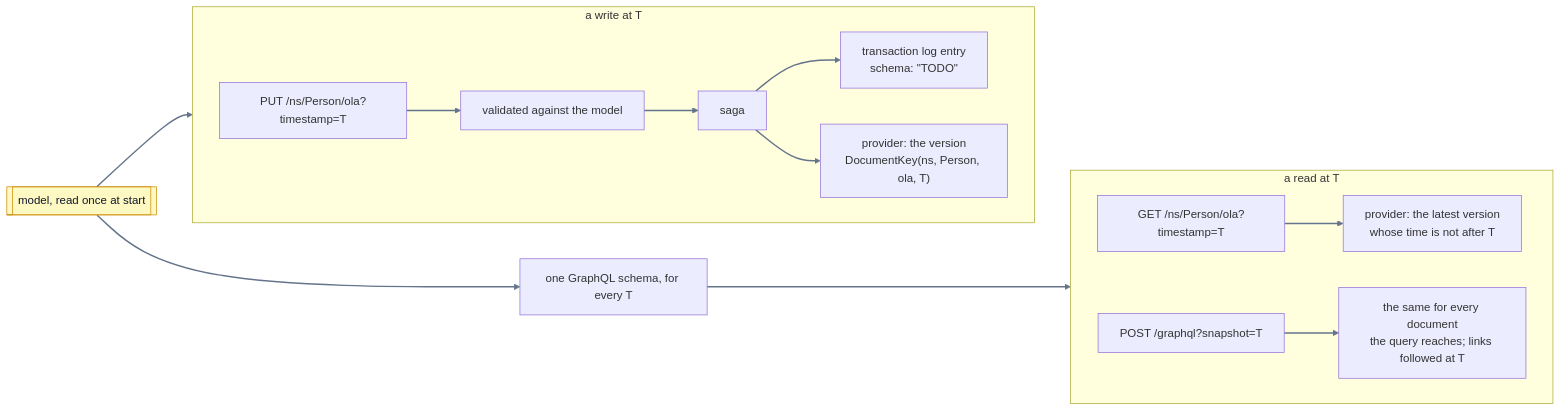
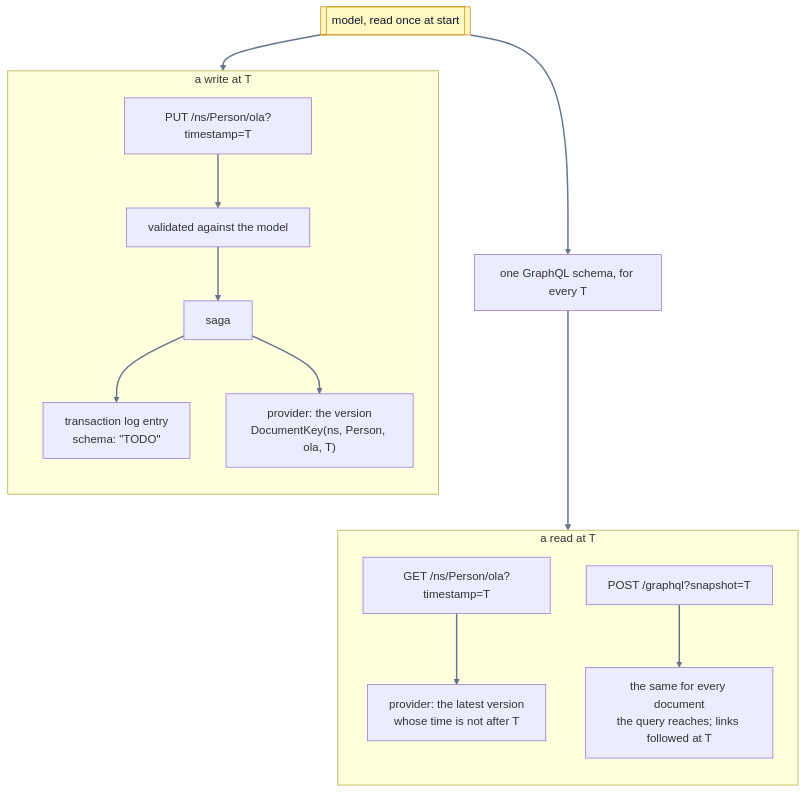
One commit to descoped/linked-data-store-project changed the diagram in docs/developer/architecture.md. Above: the diagram before and after it, drawn with Mermaid.

Commit message:
The figure of the architecture runs top-down, so its text is readable

````diff
--- a/docs/developer/architecture.md
+++ b/docs/developer/architecture.md
@@ -234,19 +234,19 @@
 ```mermaid
-flowchart LR
+flowchart TB
     model[["model, read once at start"]]
     subgraph write["a write at T"]
-        direction LR
+        direction TB
         w["PUT /ns/Person/ola?timestamp=T"] --> v["validated against the model"] --> s["saga"]
         s --> tx["transaction log entry<br/>schema: #quot;TODO#quot;"]
         s --> p["provider: the version<br/>DocumentKey(ns, Person, ola, T)"]
     end
     subgraph read["a read at T"]
-        direction LR
+        direction TB
         rest["GET /ns/Person/ola?timestamp=T"] --> q["provider: the latest version<br/>whose time is not after T"]
         gq["POST /graphql?snapshot=T"] --> q2["the same for every document<br/>the query reaches; links followed at T"]
     end
     model --> v
     model --> g["one GraphQL schema, for every T"] --> gq
     style model fill:#fef9c3,stroke:#ca8a04,color:#0f172a
     linkStyle default stroke:#64748b,stroke-width:2px
 ```
````
